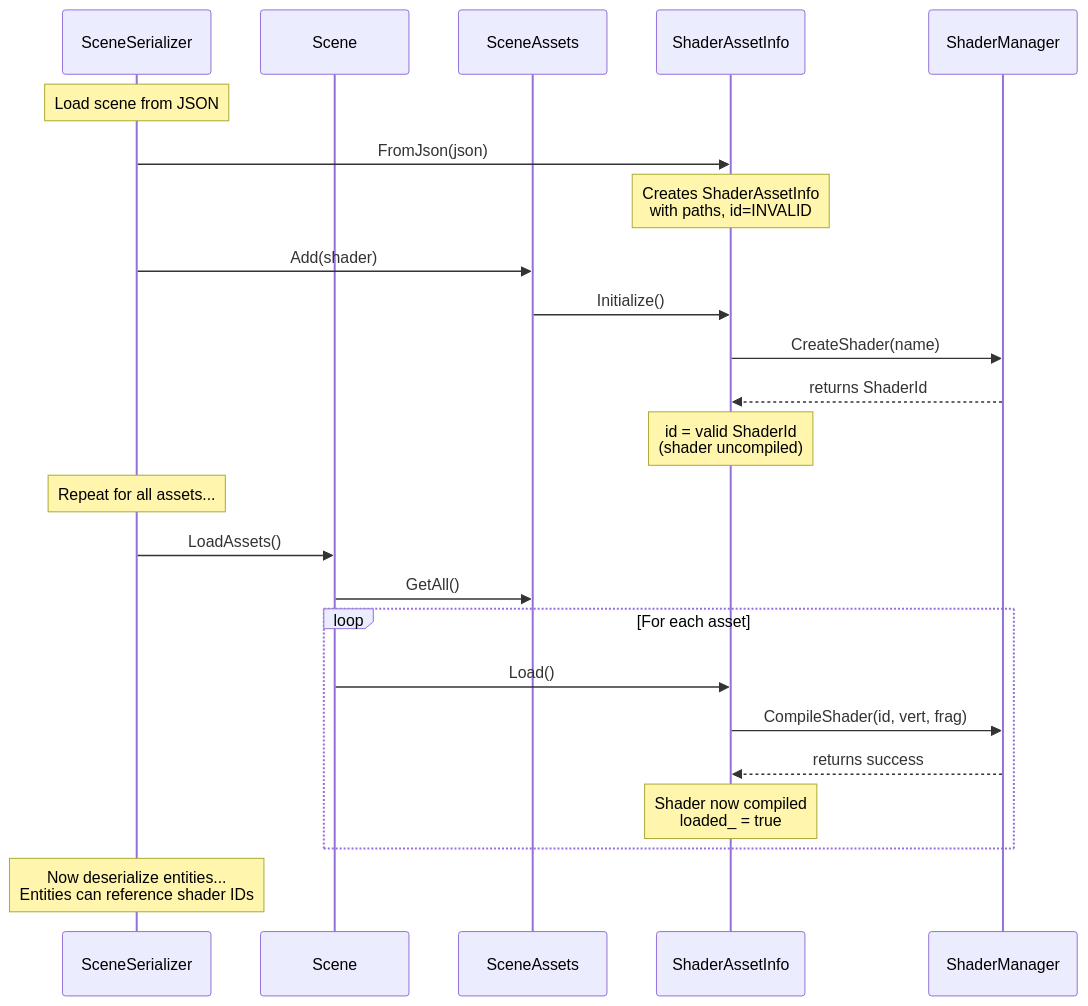
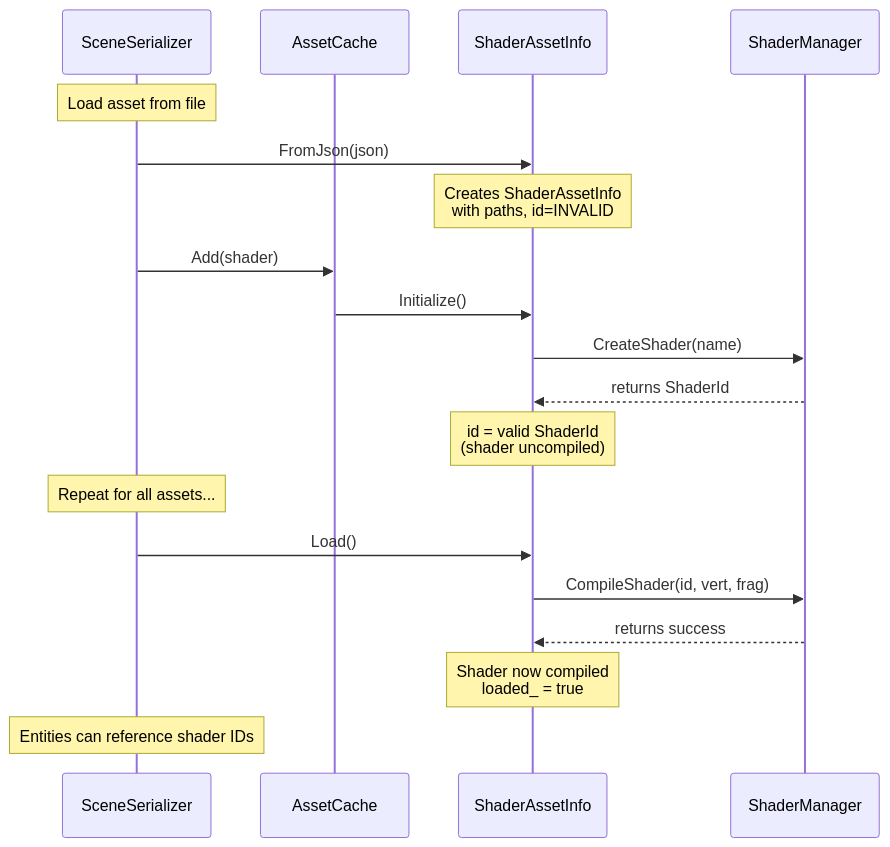
One commit to adam4813/citrus-engine changed the second of 2 diagrams in docs/asset-system.md. Above: the diagram before and after it, drawn with Mermaid. The commit also changed other lines of this file and 3 other files, not shown here.

First line of the commit message:
chore: remove stale SceneAssets references from comments and docs

````diff
--- a/docs/asset-system.md
+++ b/docs/asset-system.md
@@ -49,27 +49,22 @@
 ```mermaid
 sequenceDiagram
     participant Serializer as SceneSerializer
-    participant Scene
-    participant Assets as SceneAssets
+    participant Cache as AssetCache
     participant Shader as ShaderAssetInfo
     participant Mgr as ShaderManager
-    Note over Serializer: Load scene from JSON
+    Note over Serializer: Load asset from file
     Serializer ->> Shader: FromJson(json)
     Note over Shader: Creates ShaderAssetInfo<br/>with paths, id=INVALID
-    Serializer ->> Assets: Add(shader)
-    Assets ->> Shader: Initialize()
+    Serializer ->> Cache: Add(shader)
+    Cache ->> Shader: Initialize()
     Shader ->> Mgr: CreateShader(name)
     Mgr -->> Shader: returns ShaderId
     Note over Shader: id = valid ShaderId<br/>(shader uncompiled)
     Note over Serializer: Repeat for all assets...
-    Serializer ->> Scene: LoadAssets()
-    Scene ->> Assets: GetAll()
-    loop For each asset
-        Scene ->> Shader: Load()
-        Shader ->> Mgr: CompileShader(id, vert, frag)
-        Mgr -->> Shader: returns success
-        Note over Shader: Shader now compiled<br/>loaded_ = true
-    end
+    Serializer ->> Shader: Load()
+    Shader ->> Mgr: CompileShader(id, vert, frag)
+    Mgr -->> Shader: returns success
+    Note over Shader: Shader now compiled<br/>loaded_ = true
 
-    Note over Serializer: Now deserialize entities...<br/>Entities can reference shader IDs
+    Note over Serializer: Entities can reference shader IDs
 ```
````
